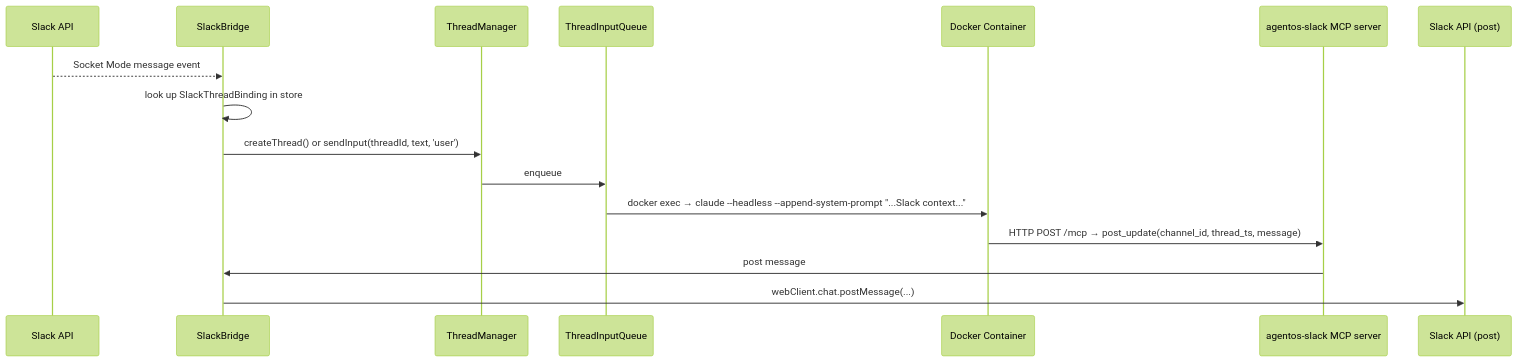
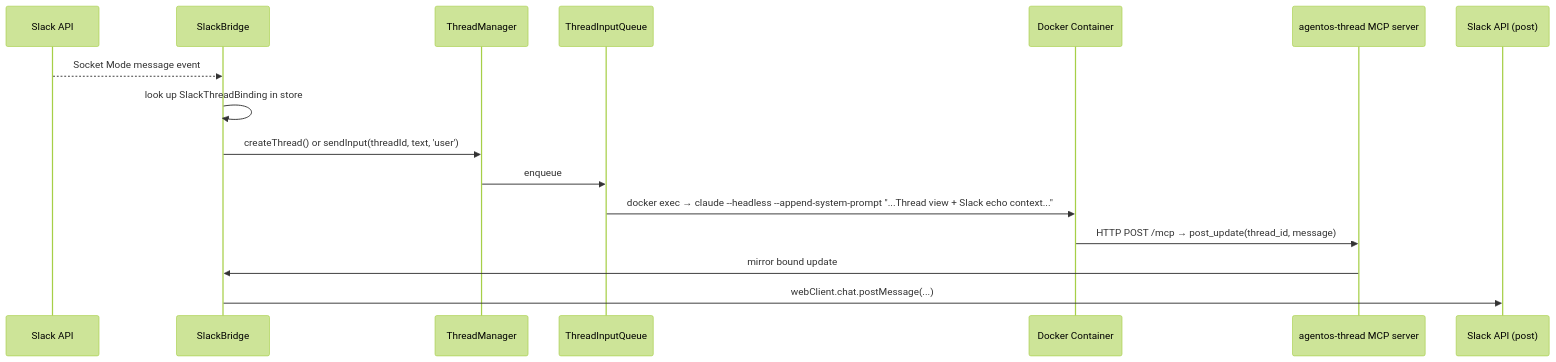
Before and after one commit to shinydrift/workspace: the third of 3 diagrams in wiki/02-architecture.md, drawn with Mermaid (forest theme). The commit also changed other lines of this file and 9 other files, not shown here.

````diff
--- a/wiki/02-architecture.md
+++ b/wiki/02-architecture.md
@@ -399,19 +398,19 @@
 ```mermaid
 sequenceDiagram
   participant Slack as Slack API
   participant SB as SlackBridge
   participant TM as ThreadManager
   participant Q as ThreadInputQueue
   participant Docker as Docker Container
-  participant SlackMCP as agentos-slack MCP server
+  participant ThreadMCP as agentos-thread MCP server
   participant SlackAPI2 as Slack API (post)
 
   Slack-->>SB: Socket Mode message event
   SB->>SB: look up SlackThreadBinding in store
   SB->>TM: createThread() or sendInput(threadId, text, 'user')
   TM->>Q: enqueue
-  Q->>Docker: docker exec → claude --headless --append-system-prompt "...Slack context..."
-  Docker->>SlackMCP: HTTP POST /mcp → post_update(channel_id, thread_ts, message)
-  SlackMCP->>SB: post message
+  Q->>Docker: docker exec → claude --headless --append-system-prompt "...Thread view + Slack echo context..."
+  Docker->>ThreadMCP: HTTP POST /mcp → post_update(thread_id, message)
+  ThreadMCP->>SB: mirror bound update
   SB->>SlackAPI2: webClient.chat.postMessage(...)
 ```
````
